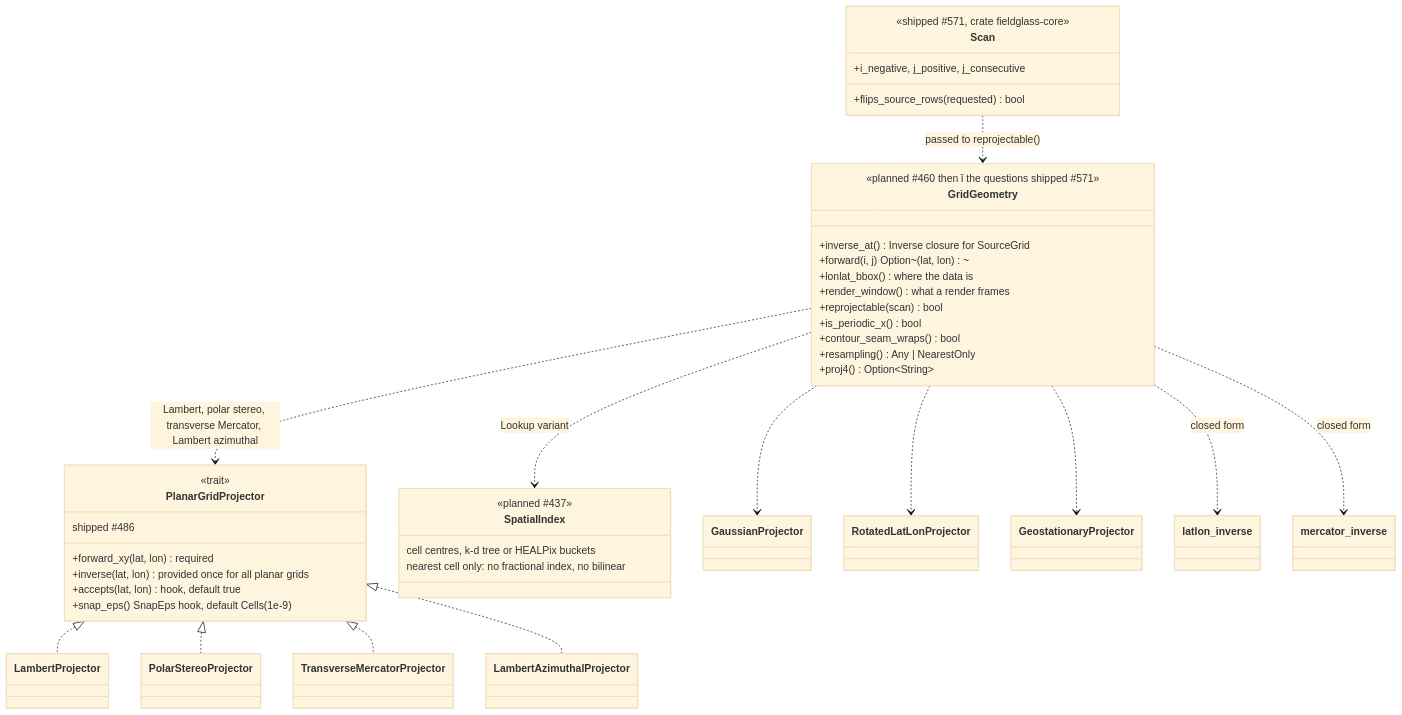
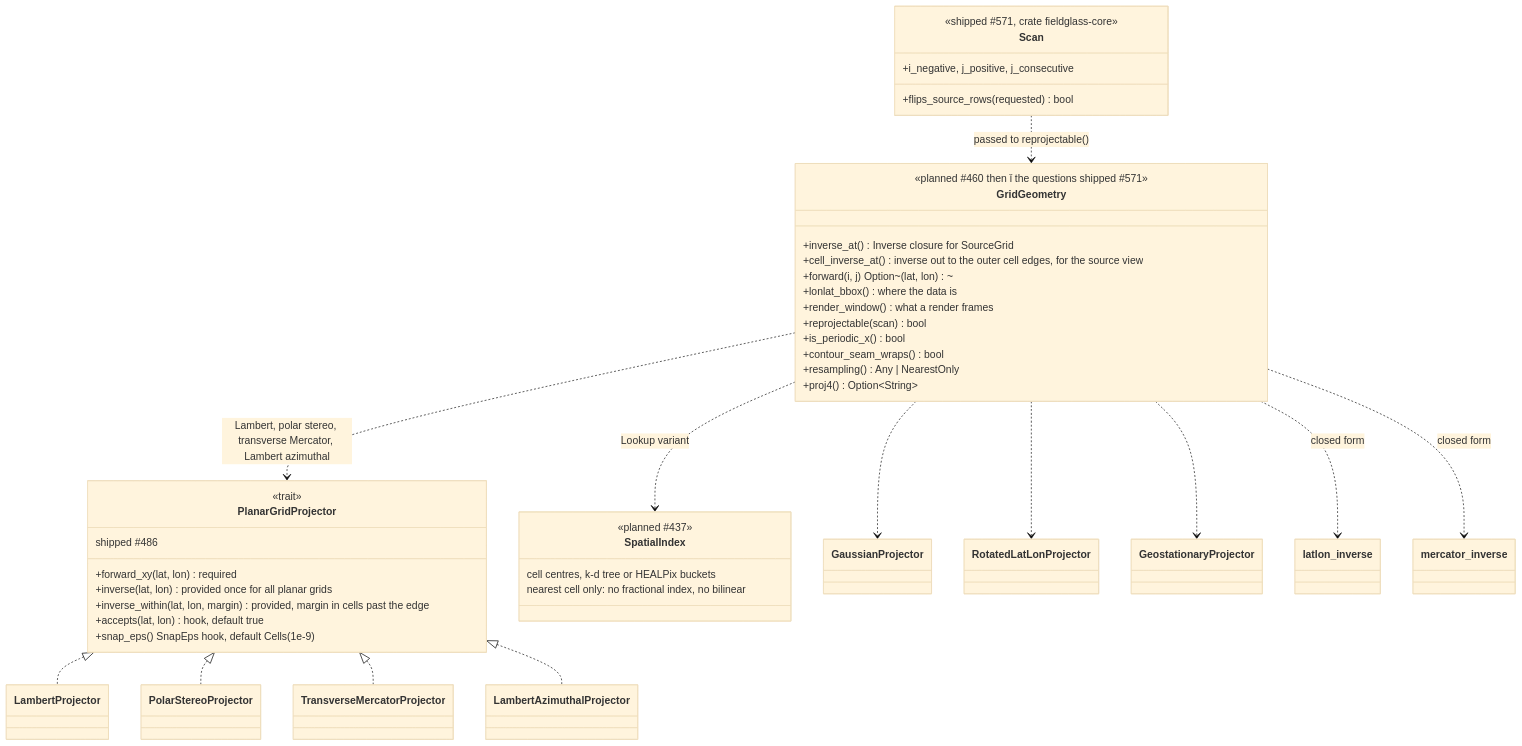
One commit to D0ubleD0uble/fieldglass changed the first of 6 diagrams in docs/architecture/planned/02-trait-seams.md. Above: the diagram before and after it, drawn with Mermaid (base theme). The commit also changed 4 other files, not shown here.

First line of the commit message:
test(render): guard reprojected overlays against the source-view rule

````diff
--- a/docs/architecture/planned/02-trait-seams.md
+++ b/docs/architecture/planned/02-trait-seams.md
@@ -19,46 +19,48 @@
 ```mermaid
 classDiagram
     class GridGeometry {
         <<planned #460 then #464; the questions shipped #571>>
         +inverse_at() Inverse closure for SourceGrid
+        +cell_inverse_at() inverse out to the outer cell edges, for the source view
         +forward(i, j) Option~(lat, lon)~
         +lonlat_bbox() where the data is
         +render_window() what a render frames
         +reprojectable(scan) bool
         +is_periodic_x() bool
         +contour_seam_wraps() bool
         +resampling() Any | NearestOnly
         +proj4() Option~String~
     }
     class Scan {
         <<shipped #571, crate fieldglass-core>>
         +i_negative, j_positive, j_consecutive
         +flips_source_rows(requested) bool
     }
     Scan ..> GridGeometry : passed to reprojectable()
     class PlanarGridProjector {
         <<trait>>
         shipped #486
         +forward_xy(lat, lon) required
         +inverse(lat, lon) provided once for all planar grids
+        +inverse_within(lat, lon, margin) provided, margin in cells past the edge
         +accepts(lat, lon) hook, default true
         +snap_eps() SnapEps hook, default Cells(1e-9)
     }
     class SpatialIndex {
         <<planned #437>>
         cell centres, k-d tree or HEALPix buckets
         nearest cell only: no fractional index, no bilinear
     }
 
     GridGeometry ..> PlanarGridProjector : Lambert, polar stereo, transverse Mercator, Lambert azimuthal
     GridGeometry ..> GaussianProjector
     GridGeometry ..> RotatedLatLonProjector
     GridGeometry ..> GeostationaryProjector
     GridGeometry ..> latlon_inverse : closed form
     GridGeometry ..> mercator_inverse : closed form
     GridGeometry ..> SpatialIndex : Lookup variant
     PlanarGridProjector <|.. LambertProjector
     PlanarGridProjector <|.. PolarStereoProjector
     PlanarGridProjector <|.. TransverseMercatorProjector
     PlanarGridProjector <|.. LambertAzimuthalProjector
 ```
````
